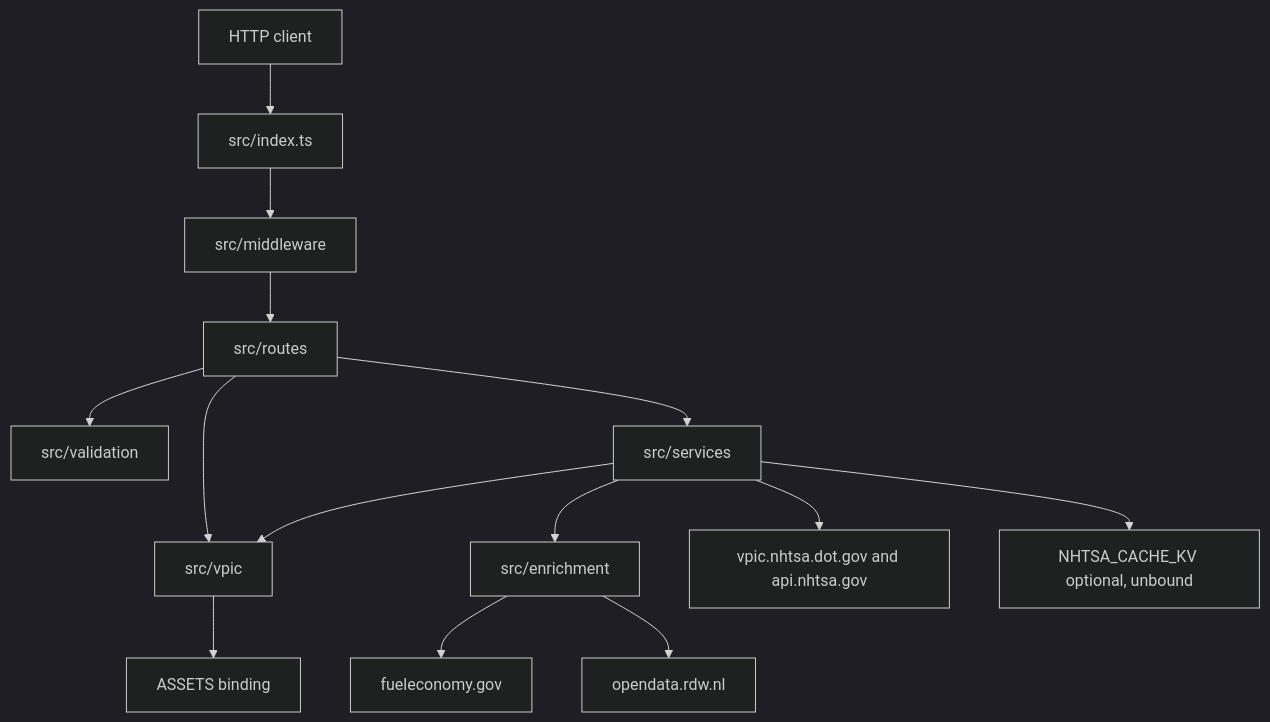
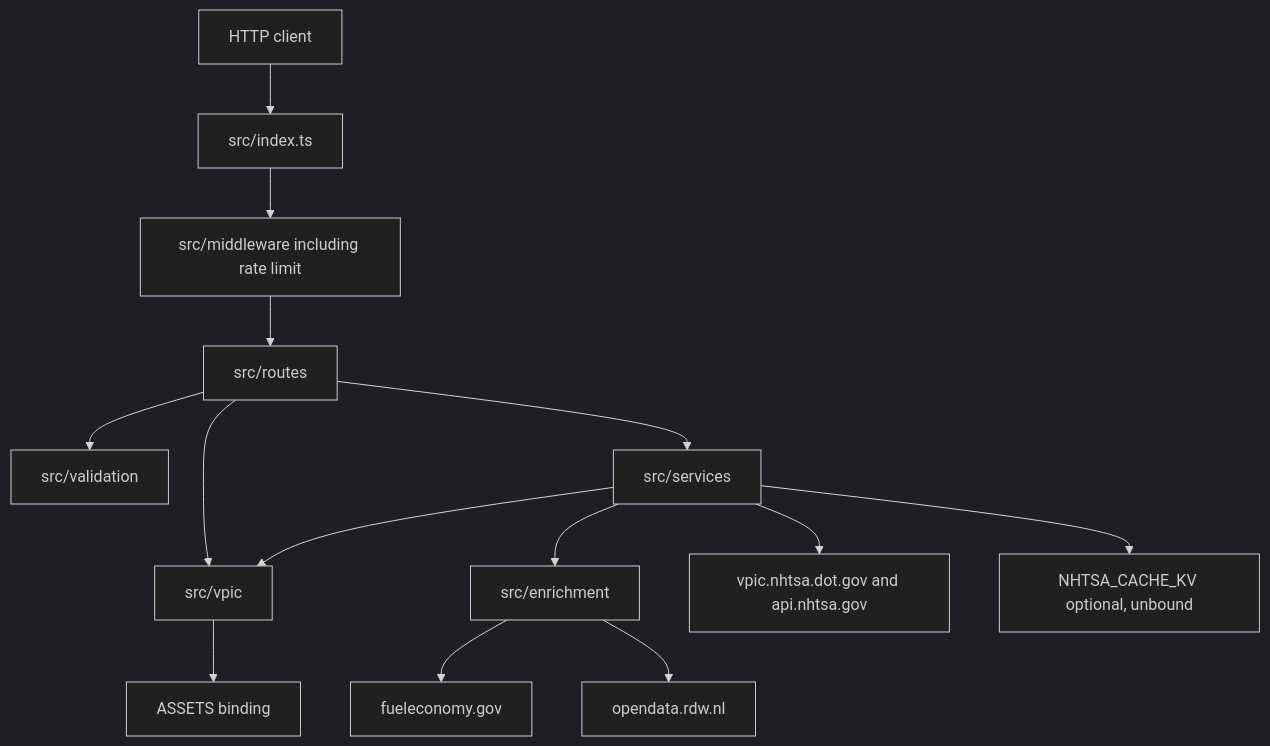
The first of 2 diagrams in docs/ARCHITECTURE.md (AIKitLLC/nhtsa-edge-api), drawn with Mermaid (dark theme) before and after one commit. The commit also changed other lines of this file and 2 other files, not shown here.

First line of the commit message:
docs: sync status and architecture with main

````diff
--- a/docs/ARCHITECTURE.md
+++ b/docs/ARCHITECTURE.md
@@ -9,28 +9,28 @@
 ```mermaid
 flowchart TD
   client[HTTP client]
   entry["src/index.ts"]
-  mw["src/middleware"]
+  mw["src/middleware including rate limit"]
   routes["src/routes"]
   validation["src/validation"]
   services["src/services"]
   enrichment["src/enrichment"]
   vpic["src/vpic"]
   assets["ASSETS binding"]
   nhtsa["vpic.nhtsa.dot.gov and api.nhtsa.gov"]
   epa["fueleconomy.gov"]
   rdw["opendata.rdw.nl"]
   kv["NHTSA_CACHE_KV optional, unbound"]
 
   client --> entry --> mw --> routes
   routes --> validation
   routes --> vpic
   routes --> services
   services --> vpic
   services --> enrichment
   services --> nhtsa
   services --> kv
   enrichment --> epa
   enrichment --> rdw
   vpic --> assets
 ```
````
